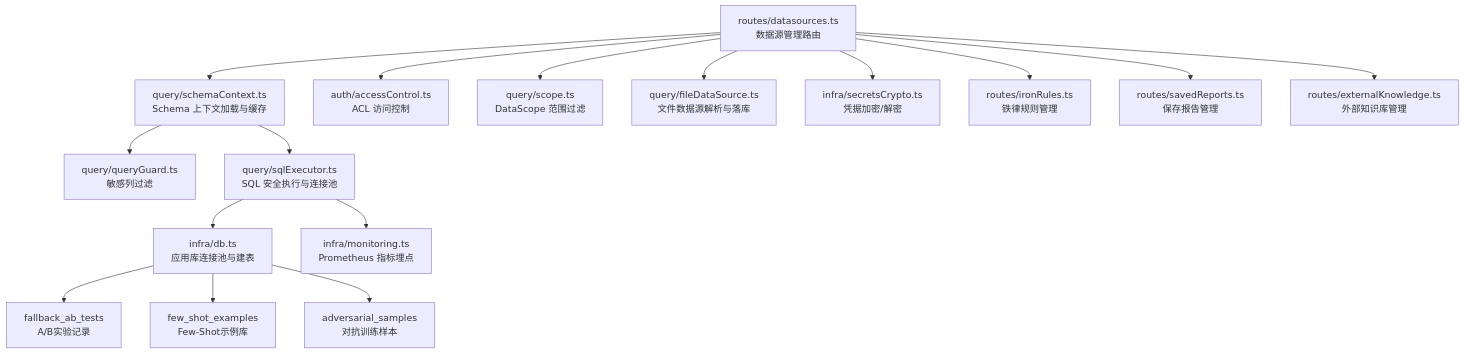
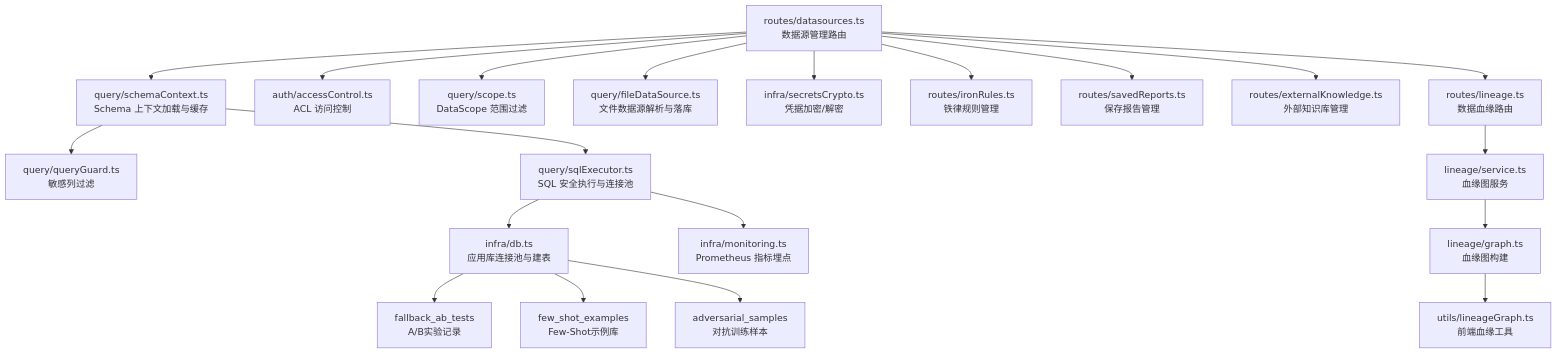
The first of 7 diagrams in .qoder/repowiki/zh/content/数据源管理/数据源管理.md (dgjin/smart-data-analytics), drawn with Mermaid before and after one commit. The commit also changed other lines of this file and 146 other files, not shown here.

````diff
--- a/.qoder/repowiki/zh/content/数据源管理/数据源管理.md
+++ b/.qoder/repowiki/zh/content/数据源管理/数据源管理.md
@@ -56,18 +61,22 @@
 ```mermaid
 graph TB
 A["routes/datasources.ts<br/>数据源管理路由"] --> B["query/schemaContext.ts<br/>Schema 上下文加载与缓存"]
 A --> C["auth/accessControl.ts<br/>ACL 访问控制"]
 A --> D["query/scope.ts<br/>DataScope 范围过滤"]
 A --> E["query/fileDataSource.ts<br/>文件数据源解析与落库"]
 B --> F["query/queryGuard.ts<br/>敏感列过滤"]
 B --> G["query/sqlExecutor.ts<br/>SQL 安全执行与连接池"]
 G --> H["infra/db.ts<br/>应用库连接池与建表"]
 G --> I["infra/monitoring.ts<br/>Prometheus 指标埋点"]
 A --> J["infra/secretsCrypto.ts<br/>凭据加密/解密"]
 A --> K["routes/ironRules.ts<br/>铁律规则管理"]
 A --> L["routes/savedReports.ts<br/>保存报告管理"]
 A --> M["routes/externalKnowledge.ts<br/>外部知识库管理"]
-H --> N["fallback_ab_tests<br/>A/B实验记录"]
-H --> O["few_shot_examples<br/>Few-Shot示例库"]
-H --> P["adversarial_samples<br/>对抗训练样本"]
+A --> N["routes/lineage.ts<br/>数据血缘路由"]
+H --> O["fallback_ab_tests<br/>A/B实验记录"]
+H --> P["few_shot_examples<br/>Few-Shot示例库"]
+H --> Q["adversarial_samples<br/>对抗训练样本"]
+N --> R["lineage/service.ts<br/>血缘图服务"]
+R --> S["lineage/graph.ts<br/>血缘图构建"]
+S --> T["utils/lineageGraph.ts<br/>前端血缘工具"]
 ```
````
